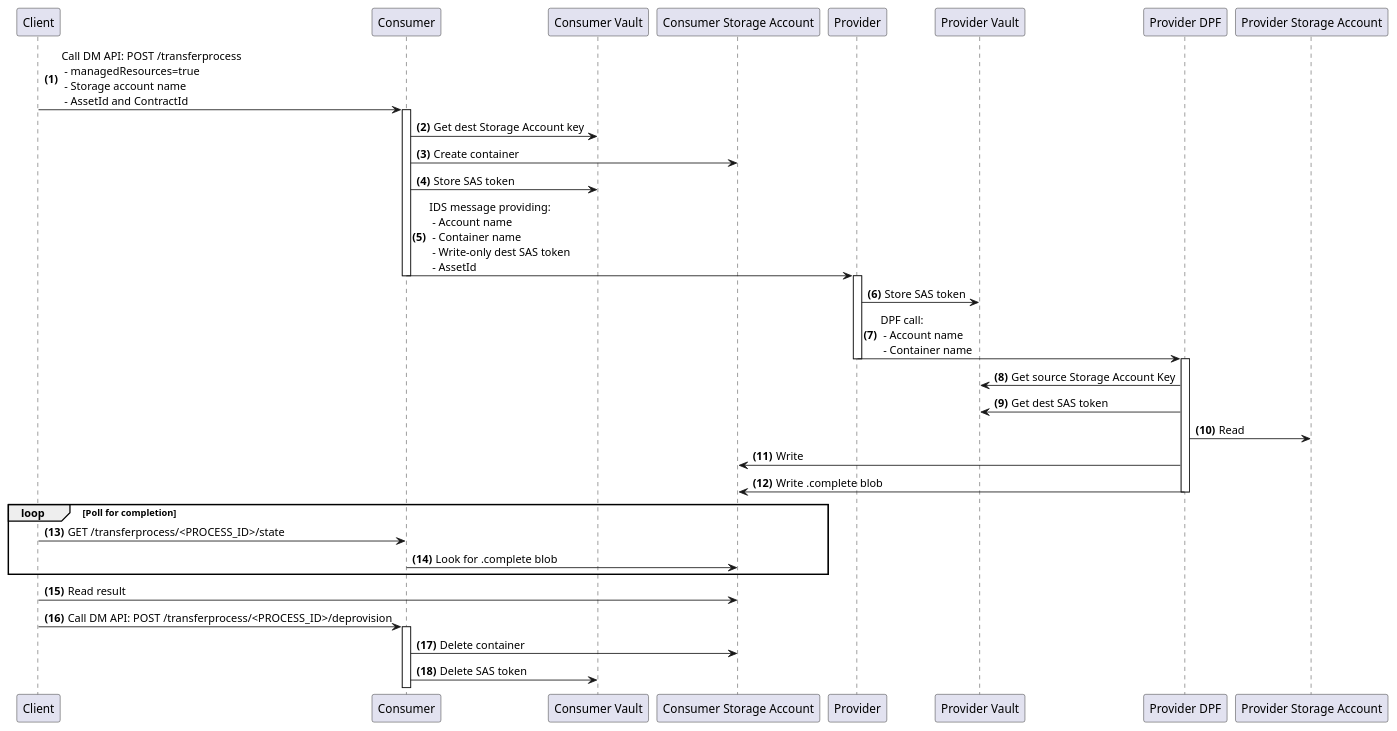
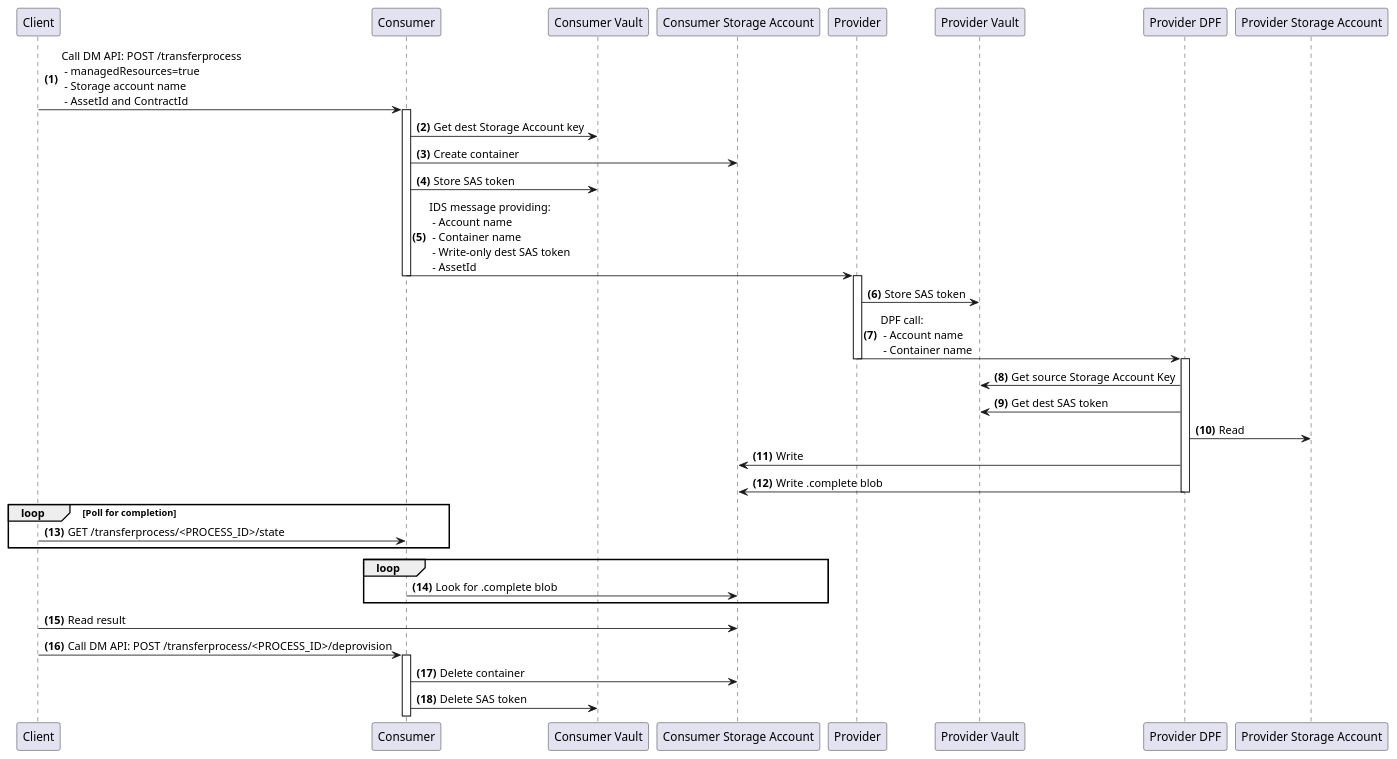
One commit to agera-edc/DataSpaceConnector changed the diagram in docs/diagrams/blob-transfer.puml. Above: the diagram before and after it, drawn with PlantUML. The commit also changed 2 other files, not shown here.

```diff
--- a/docs/diagrams/blob-transfer.puml
+++ b/docs/diagrams/blob-transfer.puml
@@ -15,34 +15,36 @@
 @startuml
 autonumber "<b>(0)"
 Client -> Consumer: Call DM API: POST /transferprocess \n - managedResources=true\n - Storage account name \n - AssetId and ContractId
 deactivate Client
 activate Consumer
 Consumer -> "Consumer Vault": Get dest Storage Account key
 Consumer -> "Consumer Storage Account": Create container
 Consumer -> "Consumer Vault": Store SAS token
 Consumer -> Provider: IDS message providing: \n - Account name \n - Container name \n - Write-only dest SAS token \n - AssetId
 deactivate Consumer
 activate Provider
 Provider -> "Provider Vault": Store SAS token
 Provider -> "Provider DPF": DPF call: \n - Account name \n - Container name
 deactivate Provider
 activate "Provider DPF"
 "Provider DPF" -> "Provider Vault": Get source Storage Account Key
 "Provider DPF" -> "Provider Vault": Get dest SAS token
 "Provider DPF" -> "Provider Storage Account": Read
 "Provider DPF" -> "Consumer Storage Account": Write
 "Provider DPF" -> "Consumer Storage Account": Write .complete blob
 deactivate "Provider DPF"
 loop  Poll for completion
     Client -> Consumer: GET /transferprocess/<PROCESS_ID>/state
+end
+loop
     Consumer -> "Consumer Storage Account": Look for .complete blob
 end
 activate Client
 Client -> "Consumer Storage Account": Read result
 Client -> "Consumer": Call DM API: POST /transferprocess/<PROCESS_ID>/deprovision
 deactivate Client
 activate Consumer
 Consumer -> "Consumer Storage Account": Delete container
 Consumer -> "Consumer Vault": Delete SAS token
 deactivate Client
 @enduml
```
